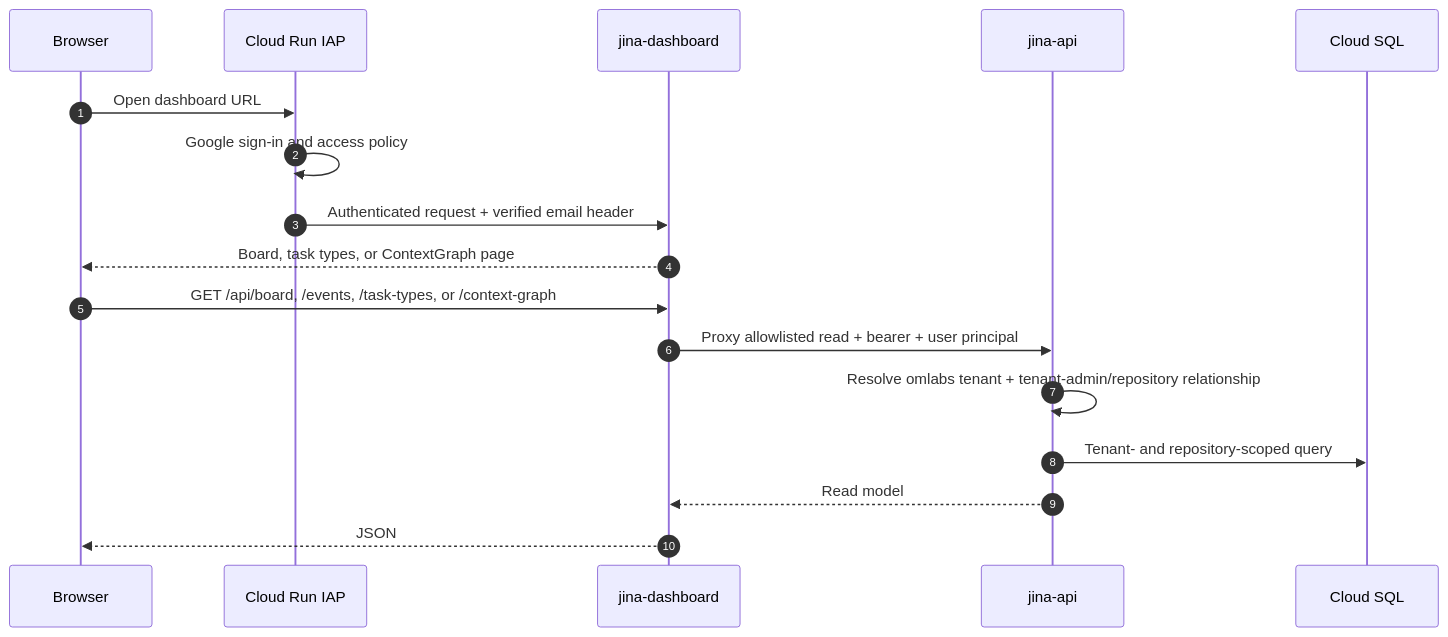
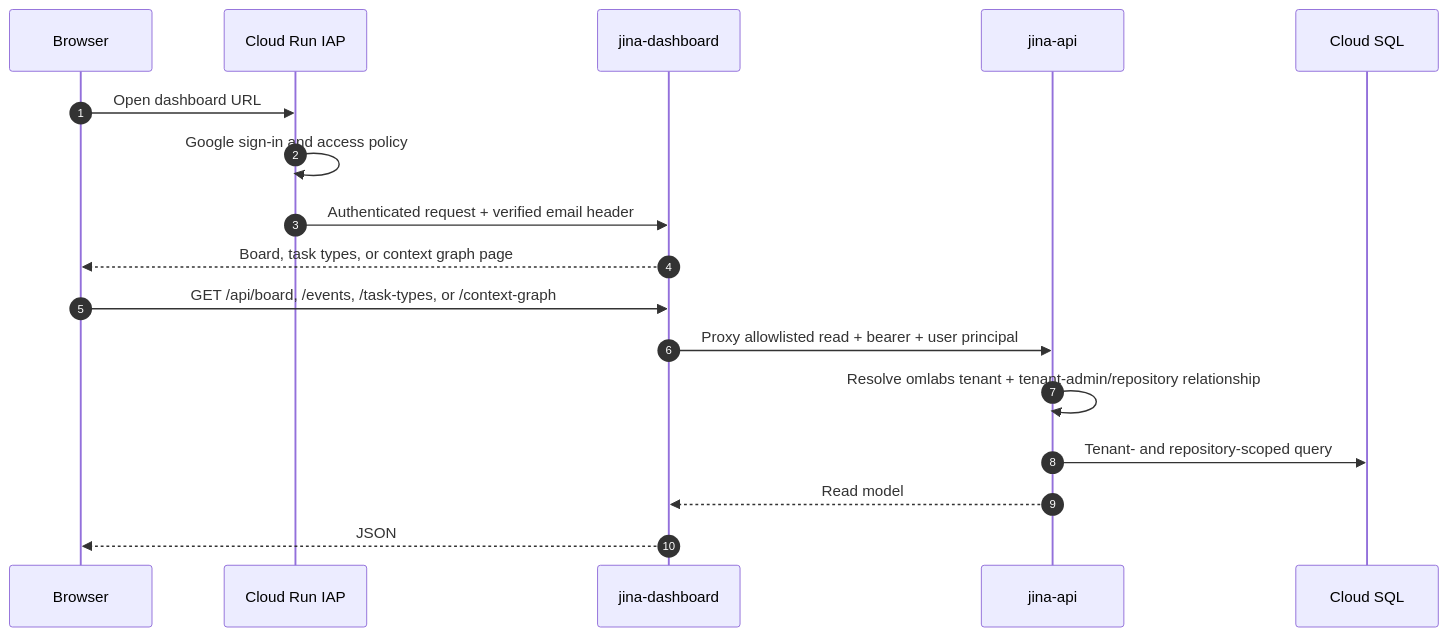
The sixth of 6 diagrams in docs/SEQUENCE_DIAGRAM.md (keon/jina-context-wiki-e2e-20260808), drawn with Mermaid before and after one commit. The commit also changed other lines of this file and 24 other files, not shown here.

````diff
--- a/docs/SEQUENCE_DIAGRAM.md
+++ b/docs/SEQUENCE_DIAGRAM.md
@@ -188,20 +188,20 @@
 ```mermaid
 sequenceDiagram
     autonumber
     participant Browser
     participant IAP as Cloud Run IAP
     participant Dashboard as jina-dashboard
     participant API as jina-api
     participant DB as Cloud SQL
 
     Browser->>IAP: Open dashboard URL
     IAP->>IAP: Google sign-in and access policy
     IAP->>Dashboard: Authenticated request + verified email header
-    Dashboard-->>Browser: Board, task types, or ContextGraph page
+    Dashboard-->>Browser: Board, task types, or context graph page
     Browser->>Dashboard: GET /api/board, /events, /task-types, or /context-graph
     Dashboard->>API: Proxy allowlisted read + bearer + user principal
     API->>API: Resolve omlabs tenant + tenant-admin/repository relationship
     API->>DB: Tenant- and repository-scoped query
     API-->>Dashboard: Read model
     Dashboard-->>Browser: JSON
 ```
````
